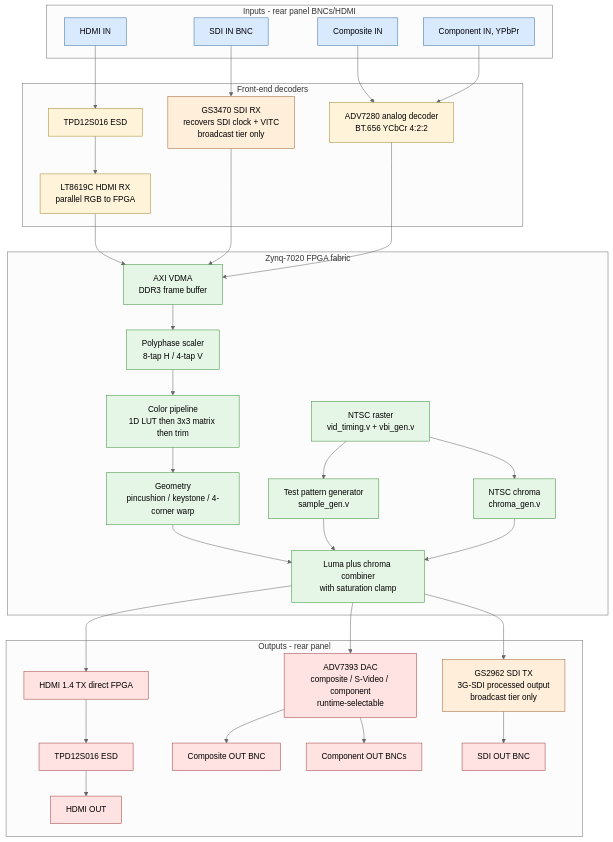
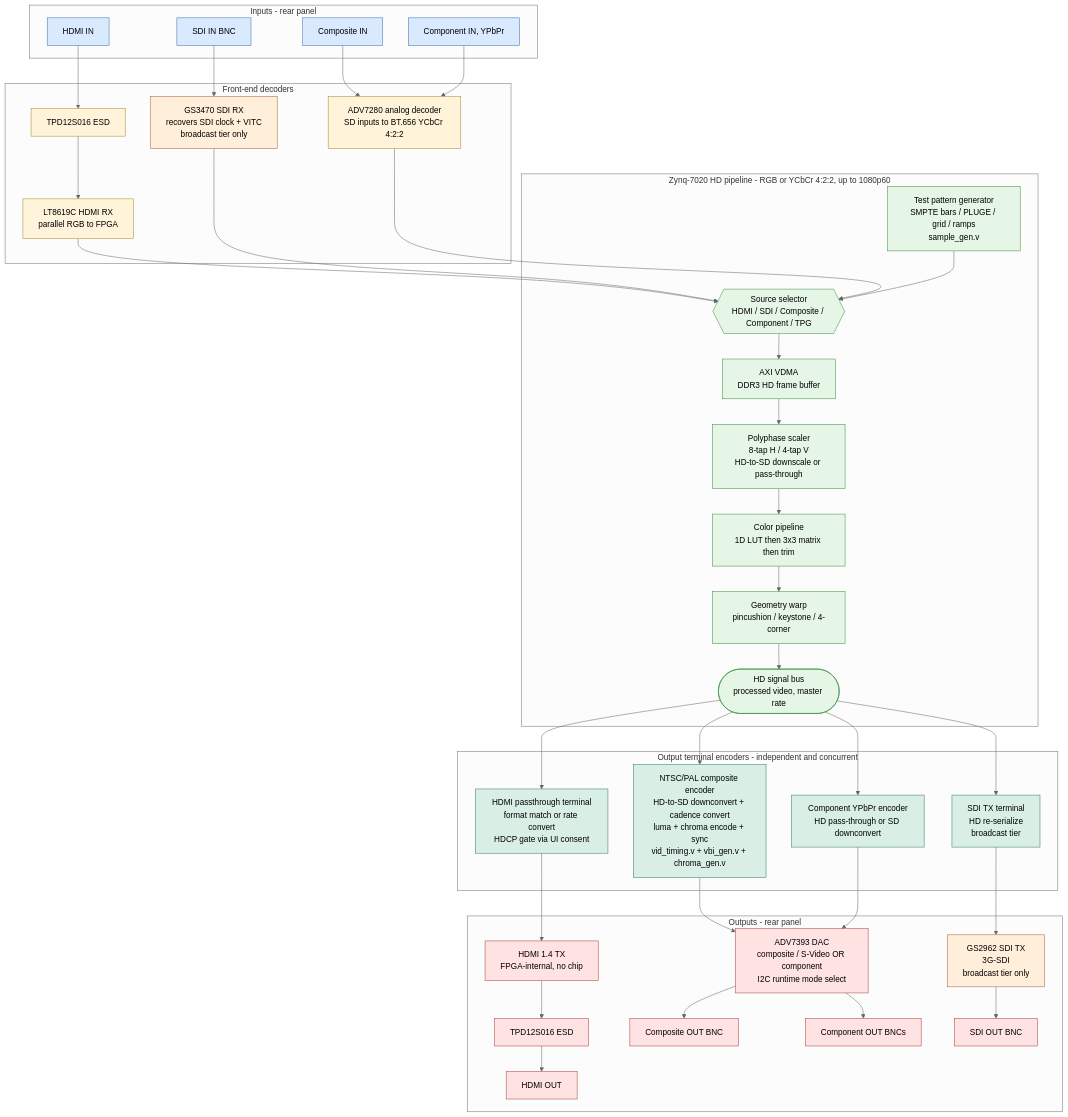
The first of 3 diagrams in docs/signal-flow.md (ibkickinit/schindler-clone), drawn with Mermaid (neutral theme) before and after one commit. The commit also changed other lines of this file and 2 other files, not shown here.

````diff
--- a/docs/signal-flow.md
+++ b/docs/signal-flow.md
@@ -19,61 +19,71 @@
 ```mermaid
 flowchart TB
     classDef in fill:#d9eaff,stroke:#3a6ea5,color:#000
     classDef decode fill:#fff4d9,stroke:#a58634,color:#000
     classDef sdi fill:#ffeed9,stroke:#a56234,color:#000
-    classDef fpga fill:#e6f6e6,stroke:#3a8e3a,color:#000
+    classDef pipe fill:#e6f6e6,stroke:#3a8e3a,color:#000
+    classDef term fill:#d9efe6,stroke:#2d7e64,color:#000
     classDef out fill:#ffe2e2,stroke:#a54040,color:#000
 
-    subgraph IN[Inputs - rear panel BNCs/HDMI]
+    subgraph IN[Inputs - rear panel]
         HDMI_IN[HDMI IN]:::in
         SDI_IN[SDI IN BNC]:::in
         CVBS_IN[Composite IN]:::in
         YPBPR_IN[Component IN, YPbPr]:::in
     end
 
     subgraph DECODE[Front-end decoders]
         TPD_IN[TPD12S016 ESD]:::decode
         LT8619C[LT8619C HDMI RX<br/>parallel RGB to FPGA]:::decode
         GS3470[GS3470 SDI RX<br/>recovers SDI clock + VITC<br/>broadcast tier only]:::sdi
-        ADV7280[ADV7280 analog decoder<br/>BT.656 YCbCr 4:2:2]:::decode
+        ADV7280[ADV7280 analog decoder<br/>SD inputs to BT.656 YCbCr 4:2:2]:::decode
     end
 
-    subgraph FPGA[Zynq-7020 FPGA fabric]
-        VDMA[AXI VDMA<br/>DDR3 frame buffer]:::fpga
-        SCALE[Polyphase scaler<br/>8-tap H / 4-tap V]:::fpga
-        COLOR[Color pipeline<br/>1D LUT then 3x3 matrix then trim]:::fpga
-        GEOM[Geometry<br/>pincushion / keystone / 4-corner warp]:::fpga
-        TPG[Test pattern generator<br/>sample_gen.v]:::fpga
-        TIMING[NTSC raster<br/>vid_timing.v + vbi_gen.v]:::fpga
-        CHROMA[NTSC chroma<br/>chroma_gen.v]:::fpga
-        MIX[Luma plus chroma combiner<br/>with saturation clamp]:::fpga
+    subgraph PIPE[Zynq-7020 HD pipeline - RGB or YCbCr 4:2:2, up to 1080p60]
+        SOURCE_MUX{{Source selector<br/>HDMI / SDI / Composite / Component / TPG}}:::pipe
+        VDMA[AXI VDMA<br/>DDR3 HD frame buffer]:::pipe
+        SCALE[Polyphase scaler<br/>8-tap H / 4-tap V<br/>HD-to-SD downscale or pass-through]:::pipe
+        COLOR[Color pipeline<br/>1D LUT then 3x3 matrix then trim]:::pipe
+        GEOM[Geometry warp<br/>pincushion / keystone / 4-corner]:::pipe
+        TPG[Test pattern generator<br/>SMPTE bars / PLUGE / grid / ramps<br/>sample_gen.v]:::pipe
+        HD_BUS([HD signal bus<br/>processed video, master rate]):::pipe
+    end
+
+    subgraph TERM[Output terminal encoders - independent and concurrent]
+        HDMI_TERM[HDMI passthrough terminal<br/>format match or rate convert<br/>HDCP gate via UI consent]:::term
+        COMP_TERM[NTSC/PAL composite encoder<br/>HD-to-SD downconvert + cadence convert<br/>luma + chroma encode + sync<br/>vid_timing.v + vbi_gen.v + chroma_gen.v]:::term
+        YPBPR_TERM[Component YPbPr encoder<br/>HD pass-through or SD downconvert]:::term
+        SDI_TERM[SDI TX terminal<br/>HD re-serialize<br/>broadcast tier]:::term
     end
 
     subgraph OUT[Outputs - rear panel]
-        ADV7393[ADV7393 DAC<br/>composite / S-Video / component<br/>runtime-selectable]:::out
-        GS2962[GS2962 SDI TX<br/>3G-SDI processed output<br/>broadcast tier only]:::sdi
-        HDMI_TX[HDMI 1.4 TX direct FPGA]:::out
+        ADV7393[ADV7393 DAC<br/>composite / S-Video OR component<br/>I2C runtime mode select]:::out
+        GS2962[GS2962 SDI TX<br/>3G-SDI<br/>broadcast tier only]:::sdi
+        HDMI_TX[HDMI 1.4 TX<br/>FPGA-internal, no chip]:::out
         TPD_OUT[TPD12S016 ESD]:::out
         CVBS_OUT[Composite OUT BNC]:::out
         YPBPR_OUT[Component OUT BNCs]:::out
         SDI_OUT[SDI OUT BNC]:::out
         HDMI_OUT[HDMI OUT]:::out
     end
 
-    HDMI_IN --> TPD_IN --> LT8619C --> VDMA
-    SDI_IN --> GS3470 --> VDMA
+    HDMI_IN --> TPD_IN --> LT8619C --> SOURCE_MUX
+    SDI_IN --> GS3470 --> SOURCE_MUX
     CVBS_IN --> ADV7280
-    YPBPR_IN --> ADV7280 --> VDMA
+    YPBPR_IN --> ADV7280 --> SOURCE_MUX
+    TPG --> SOURCE_MUX
 
-    VDMA --> SCALE --> COLOR --> GEOM --> MIX
-    TPG --> MIX
-    CHROMA --> MIX
-    TIMING --> TPG
-    TIMING --> CHROMA
+    SOURCE_MUX --> VDMA --> SCALE --> COLOR --> GEOM --> HD_BUS
 
-    MIX --> ADV7393
+    HD_BUS --> HDMI_TERM
+    HD_BUS --> COMP_TERM
+    HD_BUS --> YPBPR_TERM
+    HD_BUS --> SDI_TERM
+
+    HDMI_TERM --> HDMI_TX --> TPD_OUT --> HDMI_OUT
+    COMP_TERM --> ADV7393
+    YPBPR_TERM --> ADV7393
     ADV7393 --> CVBS_OUT
     ADV7393 --> YPBPR_OUT
-    MIX --> GS2962 --> SDI_OUT
-    MIX --> HDMI_TX --> TPD_OUT --> HDMI_OUT
+    SDI_TERM --> GS2962 --> SDI_OUT
 ```
````
